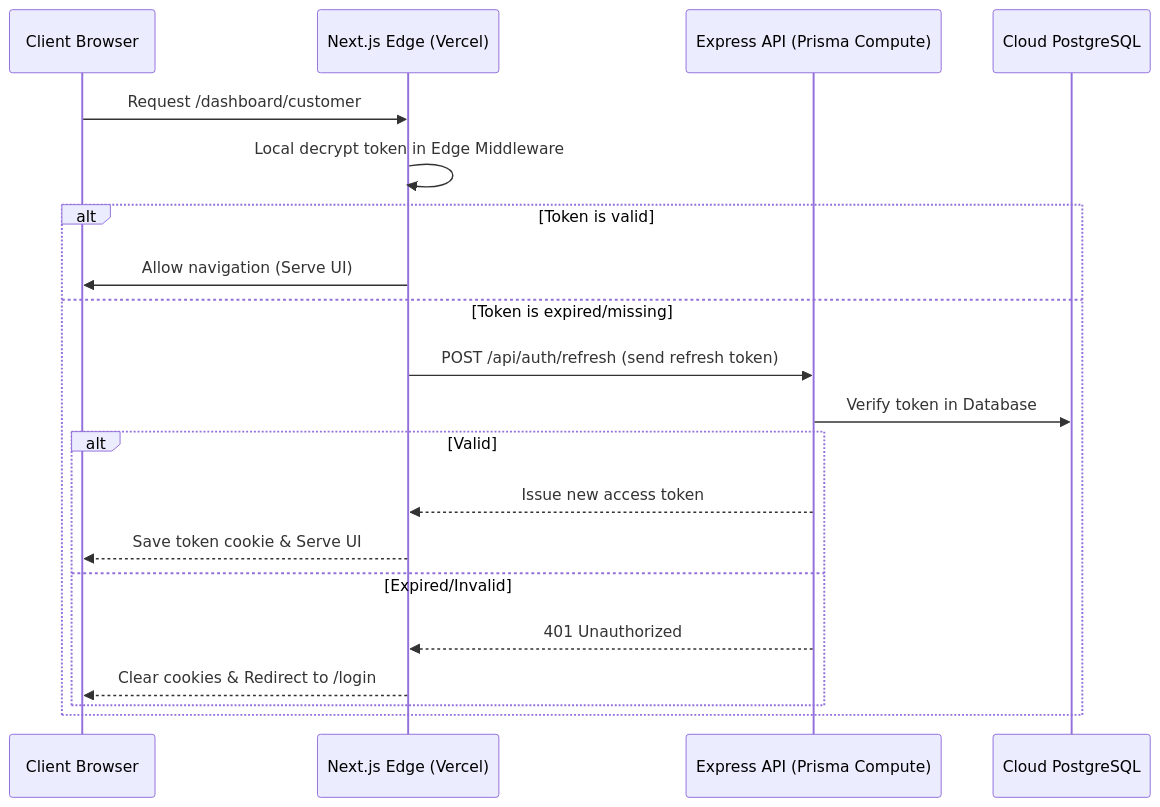
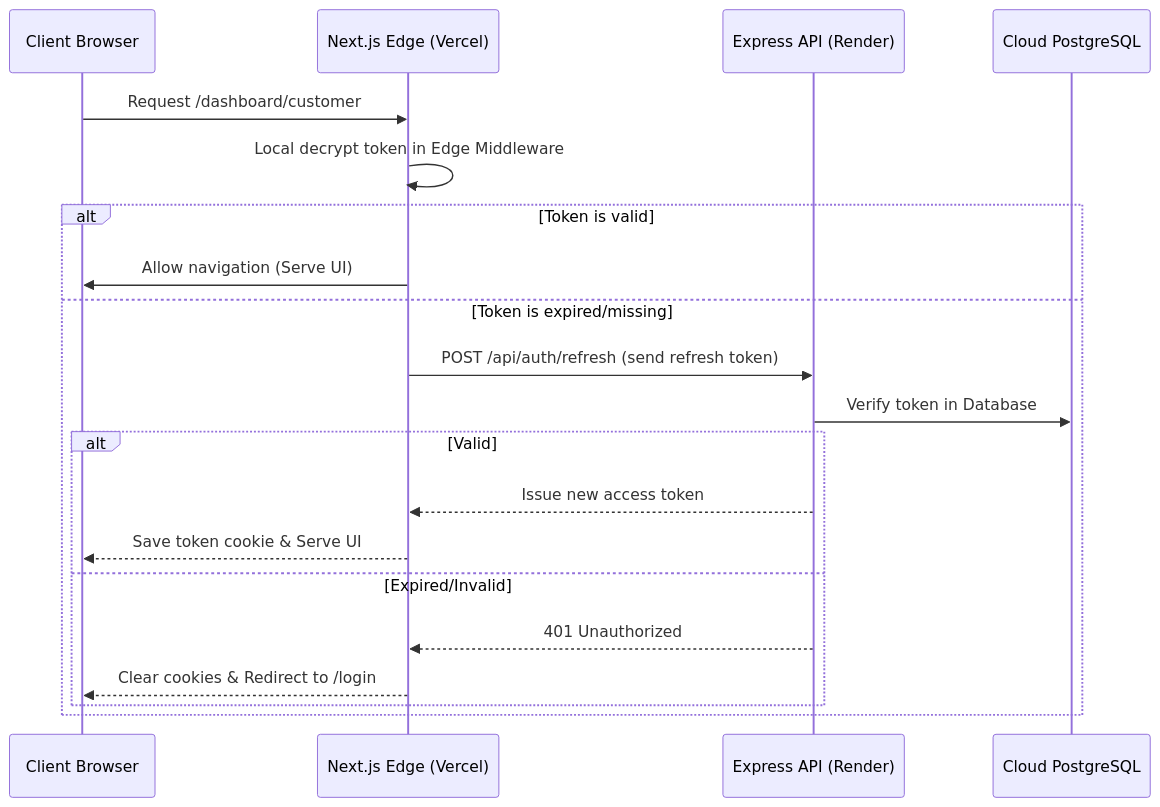
Before and after one commit to Yashu2084/ApnaDoodh: the diagram in architecture.md, drawn with Mermaid. The commit also changed other lines of this file and 15 other files, not shown here.

````diff
--- a/architecture.md
+++ b/architecture.md
@@ -96,23 +95,23 @@
 ```mermaid
 sequenceDiagram
     participant Browser as Client Browser
     participant Vercel as Next.js Edge (Vercel)
-    participant Express as Express API (Prisma Compute)
+    participant Express as Express API (Render)
     participant DB as Cloud PostgreSQL
 
     Browser->>Vercel: Request /dashboard/customer
     Vercel->>Vercel: Local decrypt token in Edge Middleware
     alt Token is valid
         Vercel->>Browser: Allow navigation (Serve UI)
     else Token is expired/missing
         Vercel->>Express: POST /api/auth/refresh (send refresh token)
         Express->>DB: Verify token in Database
         alt Valid
             Express-->>Vercel: Issue new access token
             Vercel-->>Browser: Save token cookie & Serve UI
         else Expired/Invalid
             Express-->>Vercel: 401 Unauthorized
             Vercel-->>Browser: Clear cookies & Redirect to /login
         end
     end
 ```
````
